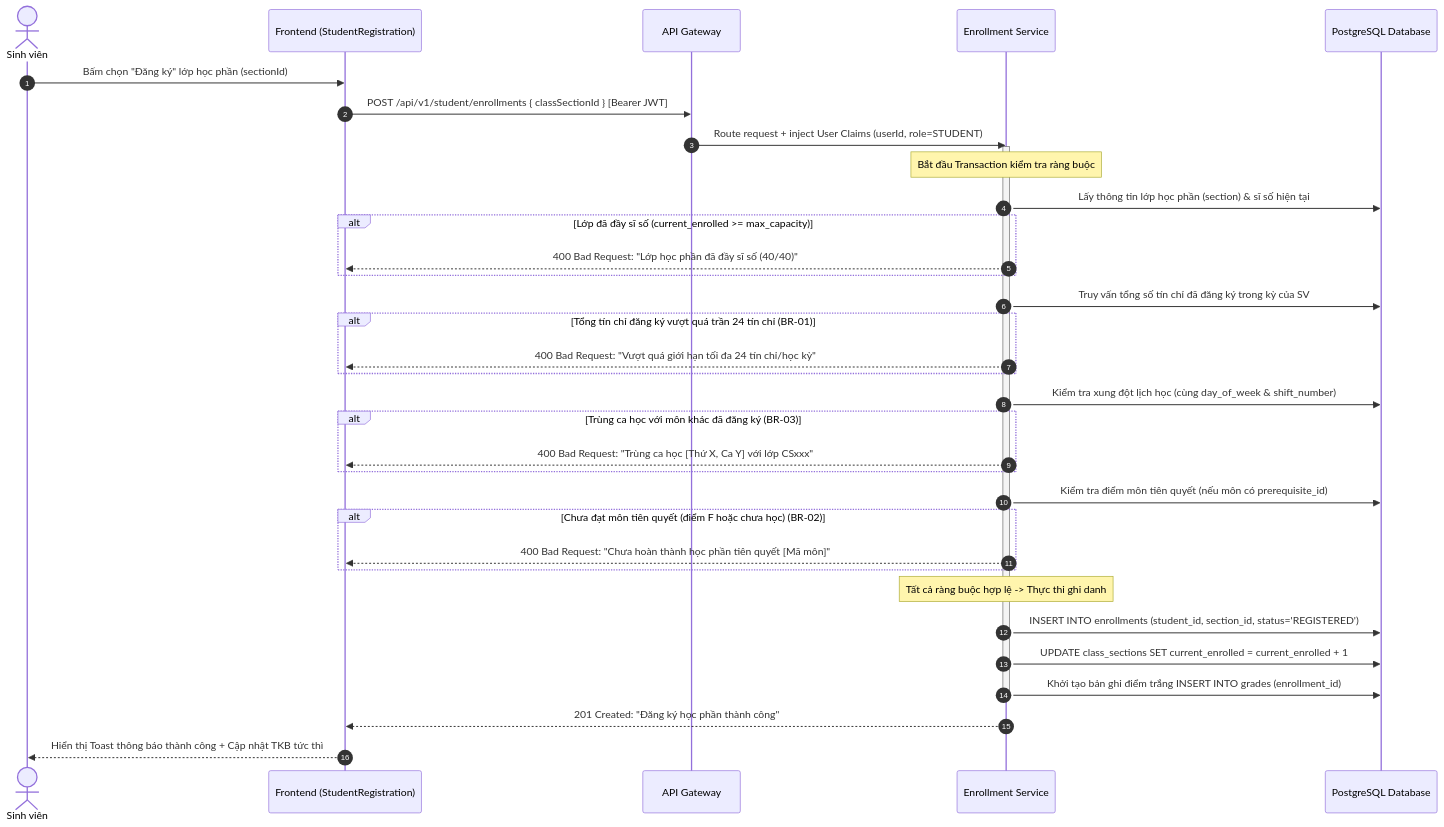
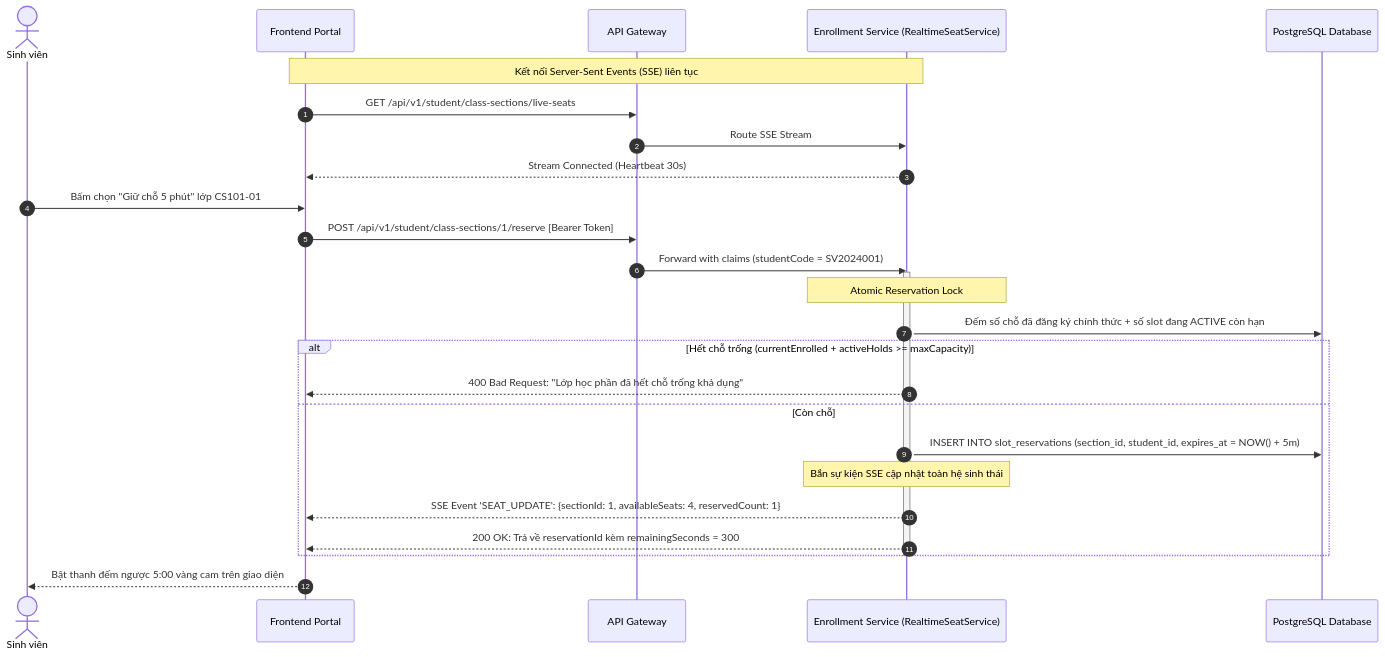
One commit to minh2307/Student-Information-System changed the fourth of 7 diagrams in SRS.md. Above: the diagram before and after it, drawn with Mermaid. The commit also changed other lines of this file, not shown here.

````diff
--- a/SRS.md
+++ b/SRS.md
@@ -290,44 +297,33 @@
 ```mermaid
 sequenceDiagram
     autonumber
     actor SV as Sinh viên
-    participant FE as Frontend (StudentRegistration)
+    participant FE as Frontend Portal
     participant GW as API Gateway
-    participant ES as Enrollment Service
+    participant ES as Enrollment Service (RealtimeSeatService)
     participant DB as PostgreSQL Database
 
-    SV->>FE: Bấm chọn "Đăng ký" lớp học phần (sectionId)
-    FE->>GW: POST /api/v1/student/enrollments { classSectionId } [Bearer JWT]
-    GW->>ES: Route request + inject User Claims (userId, role=STUDENT)
-    
+    Note over FE,ES: Kết nối Server-Sent Events (SSE) liên tục
+    FE->>GW: GET /api/v1/student/class-sections/live-seats
+    GW->>ES: Route SSE Stream
+    ES-->>FE: Stream Connected (Heartbeat 30s)
+
+    SV->>FE: Bấm chọn "Giữ chỗ 5 phút" lớp CS101-01
+    FE->>GW: POST /api/v1/student/class-sections/1/reserve [Bearer Token]
+    GW->>ES: Forward with claims (studentCode = SV2024001)
+
     activate ES
-    Note over ES: Bắt đầu Transaction kiểm tra ràng buộc
-    ES->>DB: Lấy thông tin lớp học phần (section) & sĩ số hiện tại
-    alt Lớp đã đầy sĩ số (current_enrolled >= max_capacity)
-        ES-->>FE: 400 Bad Request: "Lớp học phần đã đầy sĩ số (40/40)"
+    Note over ES: Atomic Reservation Lock
+    ES->>DB: Đếm số chỗ đã đăng ký chính thức + số slot đang ACTIVE còn hạn
+    alt Hết chỗ trống (currentEnrolled + activeHolds >= maxCapacity)
+        ES-->>FE: 400 Bad Request: "Lớp học phần đã hết chỗ trống khả dụng"
+    else Còn chỗ
+        ES->>DB: INSERT INTO slot_reservations (section_id, student_id, expires_at = NOW() + 5m)
+        Note over ES: Bắn sự kiện SSE cập nhật toàn hệ sinh thái
+        ES-->>FE: SSE Event 'SEAT_UPDATE': {sectionId: 1, availableSeats: 4, reservedCount: 1}
+        ES-->>FE: 200 OK: Trả về reservationId kèm remainingSeconds = 300
     end
-
-    ES->>DB: Truy vấn tổng số tín chỉ đã đăng ký trong kỳ của SV
-    alt Tổng tín chỉ đăng ký vượt quá trần 24 tín chỉ (BR-01)
-        ES-->>FE: 400 Bad Request: "Vượt quá giới hạn tối đa 24 tín chỉ/học kỳ"
-    end
-
-    ES->>DB: Kiểm tra xung đột lịch học (cùng day_of_week & shift_number)
-    alt Trùng ca học với môn khác đã đăng ký (BR-03)
-        ES-->>FE: 400 Bad Request: "Trùng ca học [Thứ X, Ca Y] với lớp CSxxx"
-    end
-
-    ES->>DB: Kiểm tra điểm môn tiên quyết (nếu môn có prerequisite_id)
-    alt Chưa đạt môn tiên quyết (điểm F hoặc chưa học) (BR-02)
-        ES-->>FE: 400 Bad Request: "Chưa hoàn thành học phần tiên quyết [Mã môn]"
-    end
-
-    Note over ES: Tất cả ràng buộc hợp lệ -> Thực thi ghi danh
-    ES->>DB: INSERT INTO enrollments (student_id, section_id, status='REGISTERED')
-    ES->>DB: UPDATE class_sections SET current_enrolled = current_enrolled + 1
-    ES->>DB: Khởi tạo bản ghi điểm trắng INSERT INTO grades (enrollment_id)
     deactivate ES
 
-    ES-->>FE: 201 Created: "Đăng ký học phần thành công"
-    FE-->>SV: Hiển thị Toast thông báo thành công + Cập nhật TKB tức thì
+    FE-->>SV: Bật thanh đếm ngược 5:00 vàng cam trên giao diện
 ```
````
